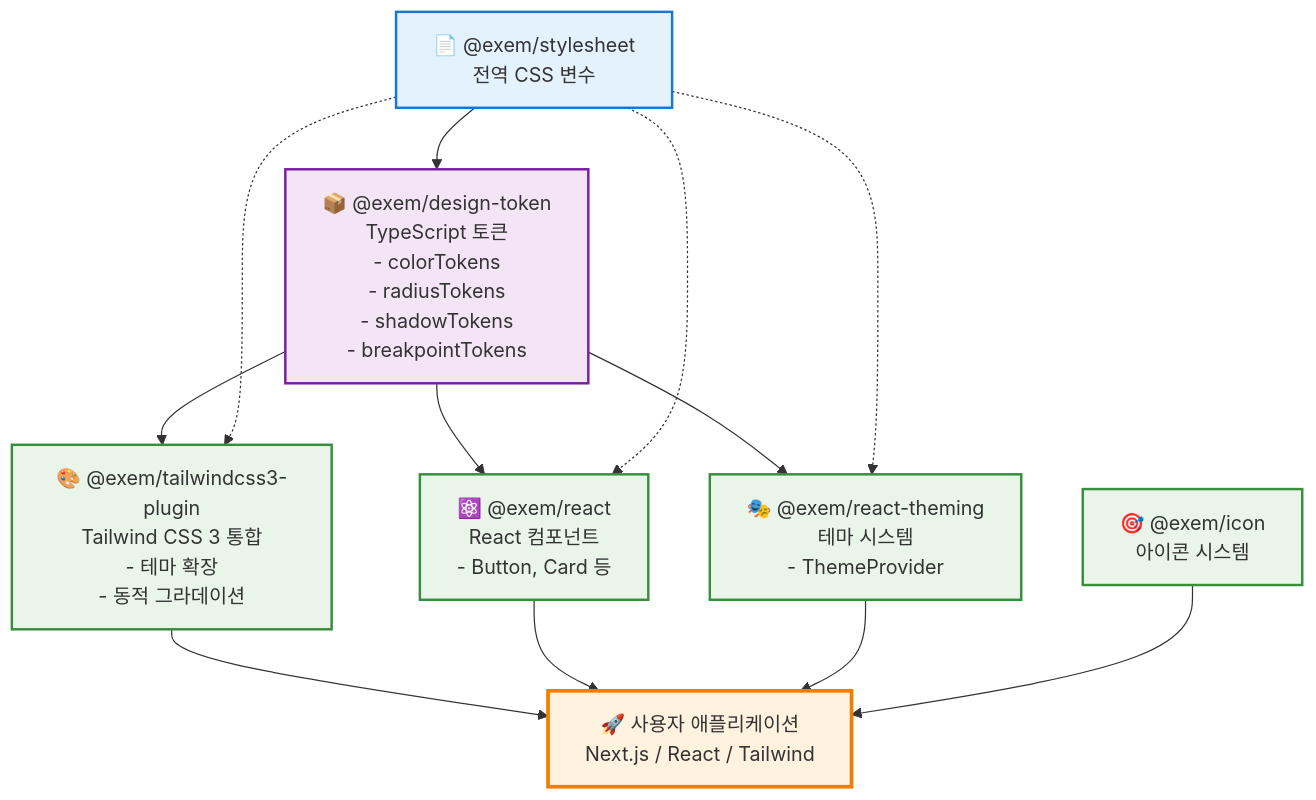
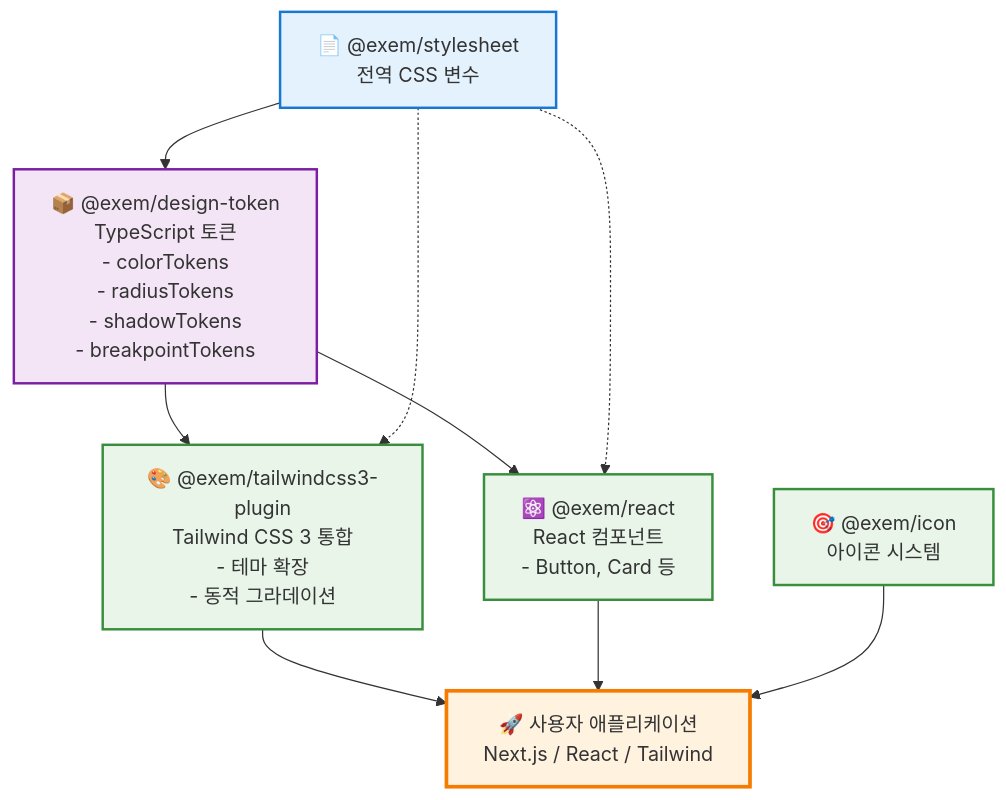
Before and after one commit to EXEM-FE/design-system: the diagram in README.md, drawn with Mermaid. The commit also changed other lines of this file and 8 other files, not shown here.

First line of the commit message:
🗑️ chore: react-theming 패키지 제거 및 관련 설정 정리

````diff
--- a/README.md
+++ b/README.md
@@ -28,46 +27,40 @@
 ```mermaid
 graph TD
     %% 소스
     CSS[📄 @exem/stylesheet<br/>전역 CSS 변수]
     
     %% 토큰 생성
     TOKEN[📦 @exem/design-token<br/>TypeScript 토큰<br/>- colorTokens<br/>- radiusTokens<br/>- shadowTokens<br/>- breakpointTokens]
     
     %% 통합 패키지들
     TW[🎨 @exem/tailwindcss3-plugin<br/>Tailwind CSS 3 통합<br/>- 테마 확장<br/>- 동적 그라데이션]
     
     REACT[⚛️ @exem/react<br/>React 컴포넌트<br/>- Button, Card 등]
     
-    THEMING[🎭 @exem/react-theming<br/>테마 시스템<br/>- ThemeProvider]
-    
     ICON[🎯 @exem/icon<br/>아이콘 시스템]
     
     %% 최종 애플리케이션
     APP[🚀 사용자 애플리케이션<br/>Next.js / React / Tailwind]
     
     %% 의존성 관계
     CSS --> TOKEN
     TOKEN --> TW
     TOKEN --> REACT  
-    TOKEN --> THEMING
-    
     CSS -.-> TW
     CSS -.-> REACT
-    CSS -.-> THEMING
     
     TW --> APP
     REACT --> APP
-    THEMING --> APP
     ICON --> APP
     
     %% 스타일
     classDef source fill:#e3f2fd,stroke:#1976d2,stroke-width:2px
     classDef token fill:#f3e5f5,stroke:#7b1fa2,stroke-width:2px  
     classDef integration fill:#e8f5e8,stroke:#388e3c,stroke-width:2px
     classDef app fill:#fff3e0,stroke:#f57c00,stroke-width:3px
     
     class CSS source
     class TOKEN token
-    class TW,REACT,THEMING,ICON integration
+    class TW,REACT,ICON integration
     class APP app
 ```
````
